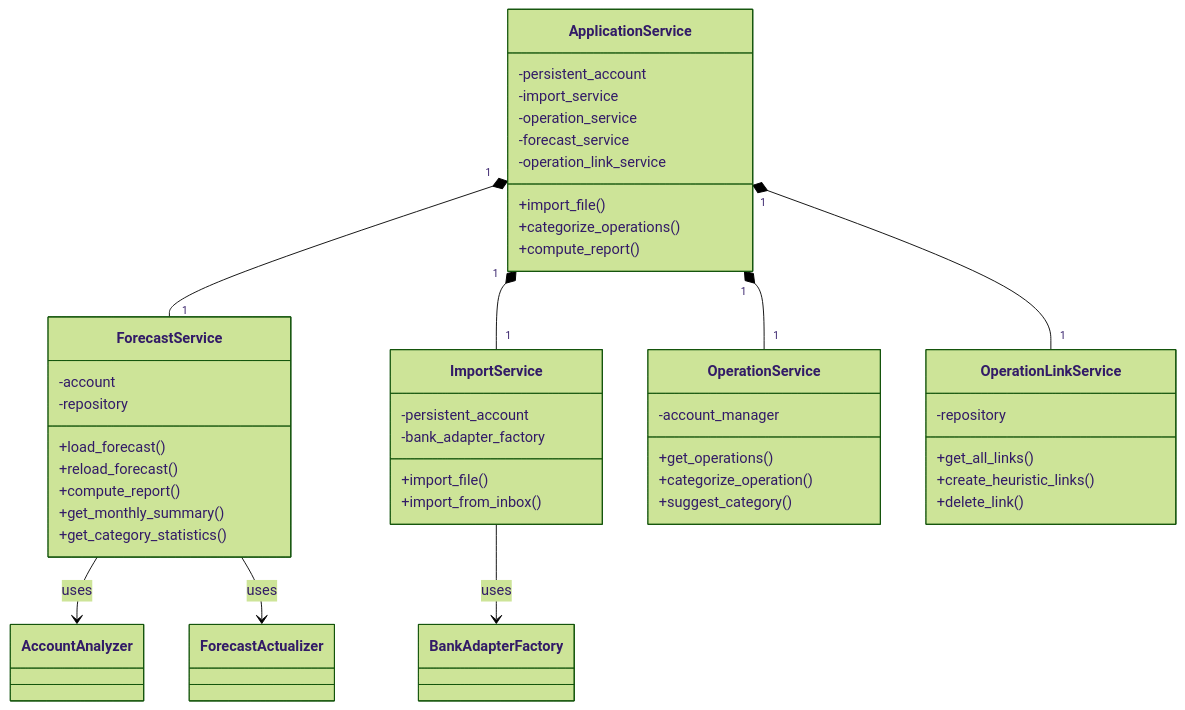
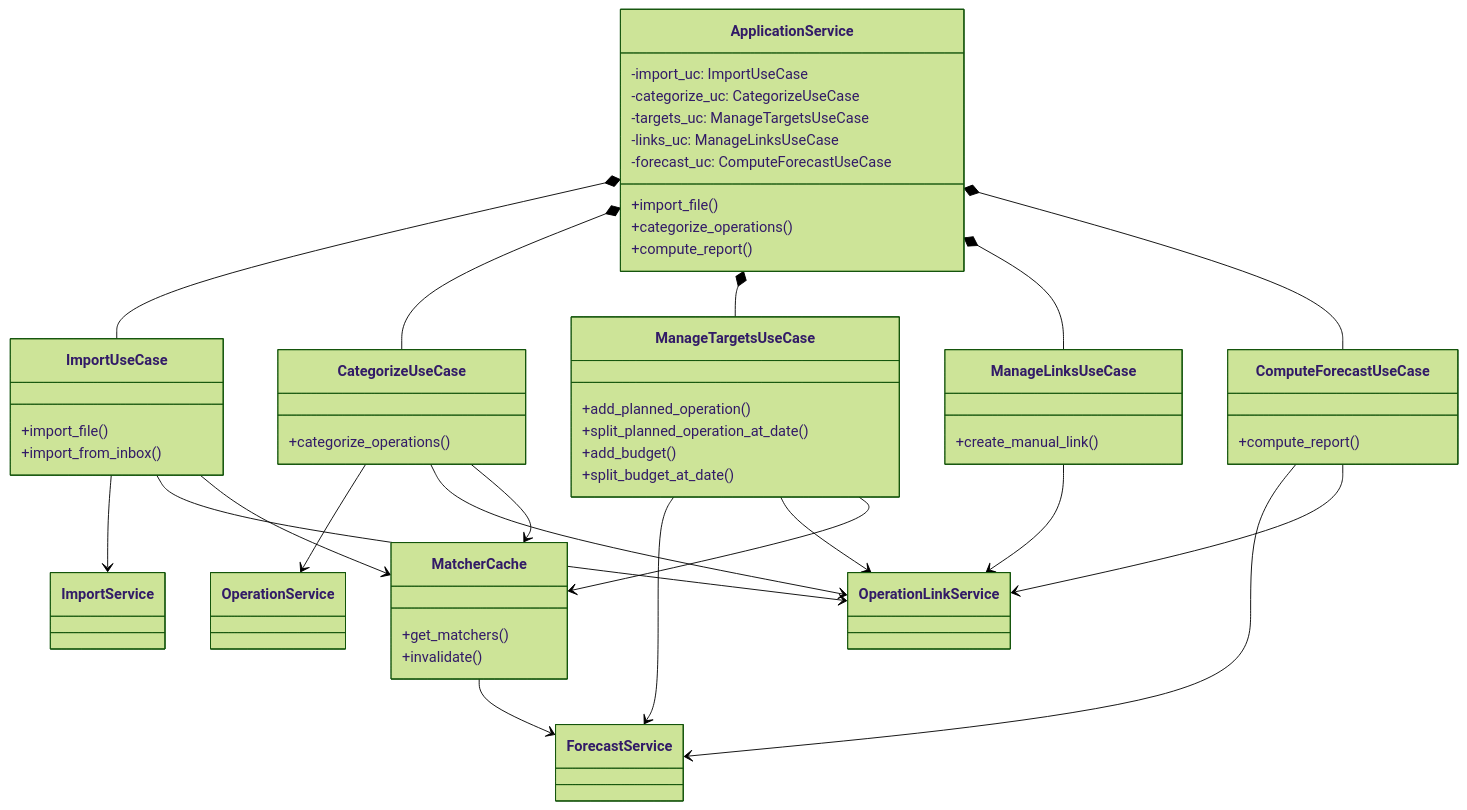
The third of 3 diagrams in docs/dev/persistence.md (corentin-core/budget-forecaster), drawn with Mermaid (forest theme) before and after one commit. The commit also changed other lines of this file and 19 other files, not shown here.

First line of the commit message:
refactor: extract use cases from ApplicationService (#182)

````diff
--- a/docs/dev/persistence.md
+++ b/docs/dev/persistence.md
@@ -121,52 +121,66 @@
 ```mermaid
 classDiagram
     class ApplicationService {
-        -persistent_account
-        -import_service
-        -operation_service
-        -forecast_service
-        -operation_link_service
+        -import_uc: ImportUseCase
+        -categorize_uc: CategorizeUseCase
+        -targets_uc: ManageTargetsUseCase
+        -links_uc: ManageLinksUseCase
+        -forecast_uc: ComputeForecastUseCase
         +import_file()
         +categorize_operations()
         +compute_report()
     }
 
-    class ForecastService {
-        -account
-        -repository
-        +load_forecast()
-        +reload_forecast()
-        +compute_report()
-        +get_monthly_summary()
-        +get_category_statistics()
-    }
-
-    class ImportService {
-        -persistent_account
-        -bank_adapter_factory
+    class ImportUseCase {
         +import_file()
         +import_from_inbox()
     }
 
-    class OperationService {
-        -account_manager
-        +get_operations()
-        +categorize_operation()
-        +suggest_category()
+    class CategorizeUseCase {
+        +categorize_operations()
     }
 
-    class OperationLinkService {
-        -repository
-        +get_all_links()
-        +create_heuristic_links()
-        +delete_link()
+    class ManageTargetsUseCase {
+        +add_planned_operation()
+        +split_planned_operation_at_date()
+        +add_budget()
+        +split_budget_at_date()
     }
 
-    ApplicationService "1" *-- "1" ForecastService
-    ApplicationService "1" *-- "1" ImportService
-    ApplicationService "1" *-- "1" OperationService
-    ApplicationService "1" *-- "1" OperationLinkService
-    ForecastService --> AccountAnalyzer : uses
-    ForecastService --> ForecastActualizer : uses
-    ImportService --> BankAdapterFactory : uses
+    class ManageLinksUseCase {
+        +create_manual_link()
+    }
+
+    class ComputeForecastUseCase {
+        +compute_report()
+    }
+
+    class MatcherCache {
+        +get_matchers()
+        +invalidate()
+    }
+
+    class ForecastService
+    class ImportService
+    class OperationService
+    class OperationLinkService
+
+    ApplicationService *-- ImportUseCase
+    ApplicationService *-- CategorizeUseCase
+    ApplicationService *-- ManageTargetsUseCase
+    ApplicationService *-- ManageLinksUseCase
+    ApplicationService *-- ComputeForecastUseCase
+    ImportUseCase --> ImportService
+    ImportUseCase --> OperationLinkService
+    ImportUseCase --> MatcherCache
+    CategorizeUseCase --> OperationService
+    CategorizeUseCase --> OperationLinkService
+    CategorizeUseCase --> MatcherCache
+    ManageTargetsUseCase --> ForecastService
+    ManageTargetsUseCase --> OperationLinkService
+    ManageTargetsUseCase --> MatcherCache
+    ManageLinksUseCase --> OperationLinkService
+    ComputeForecastUseCase --> ForecastService
+    ComputeForecastUseCase --> OperationLinkService
+    MatcherCache --> ForecastService
 ```
````
